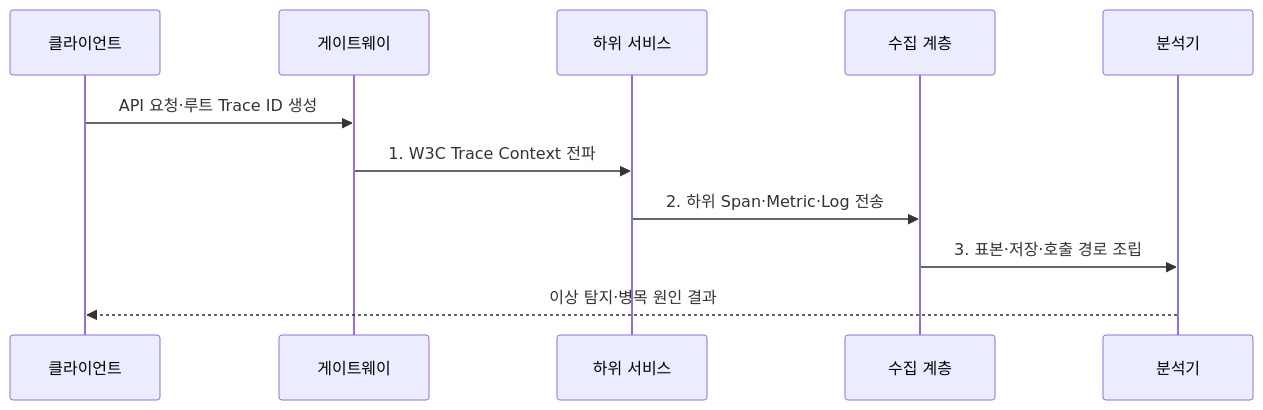
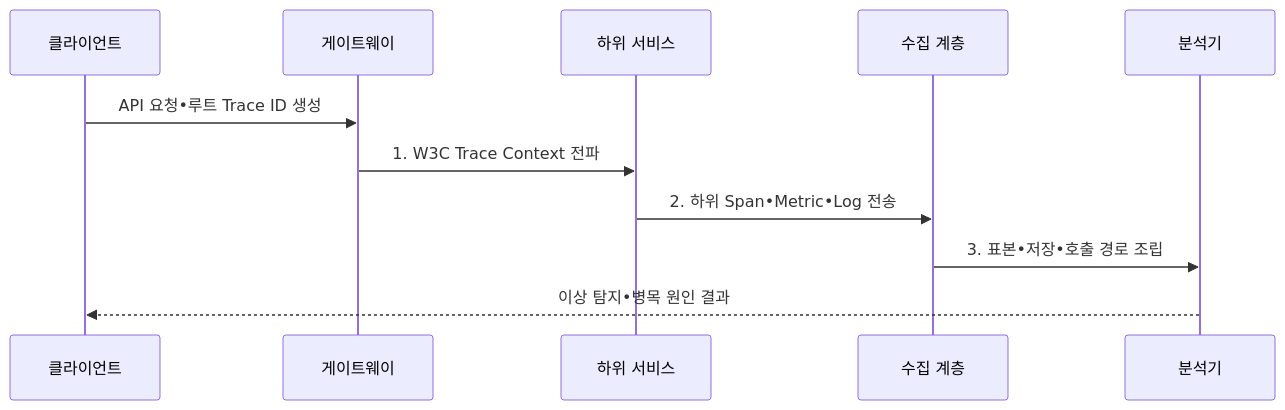
Before and after one commit to agnusdei1207/knowledge-base: the second of 2 diagrams in src/content/docs/notes/06-evaluation/008_apm_application_performance_management.md, drawn with Mermaid. The commit also changed other lines of this file and 953 other files, not shown here.

````diff
--- a/src/content/docs/notes/06-evaluation/008_apm_application_performance_management.md
+++ b/src/content/docs/notes/06-evaluation/008_apm_application_performance_management.md
@@ -100,13 +100,13 @@
 ```mermaid
 sequenceDiagram
   participant C as 클라이언트
   participant G as 게이트웨이
   participant S as 하위 서비스
   participant O as 수집 계층
   participant A as 분석기
-  C->>G: API 요청·루트 Trace ID 생성
+  C->>G: API 요청•루트 Trace ID 생성
   G->>S: 1. W3C Trace Context 전파
-  S->>O: 2. 하위 Span·Metric·Log 전송
-  O->>A: 3. 표본·저장·호출 경로 조립
-  A-->>C: 이상 탐지·병목 원인 결과
+  S->>O: 2. 하위 Span•Metric•Log 전송
+  O->>A: 3. 표본•저장•호출 경로 조립
+  A-->>C: 이상 탐지•병목 원인 결과
 ```
````
